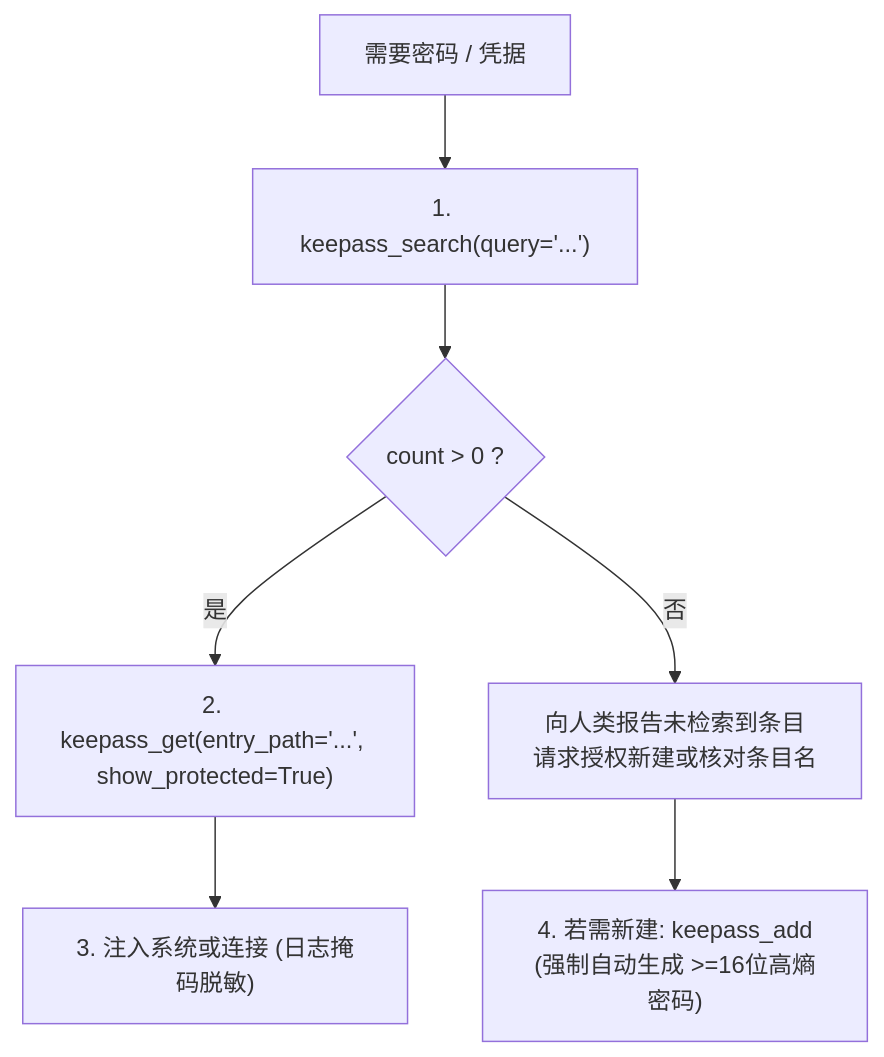
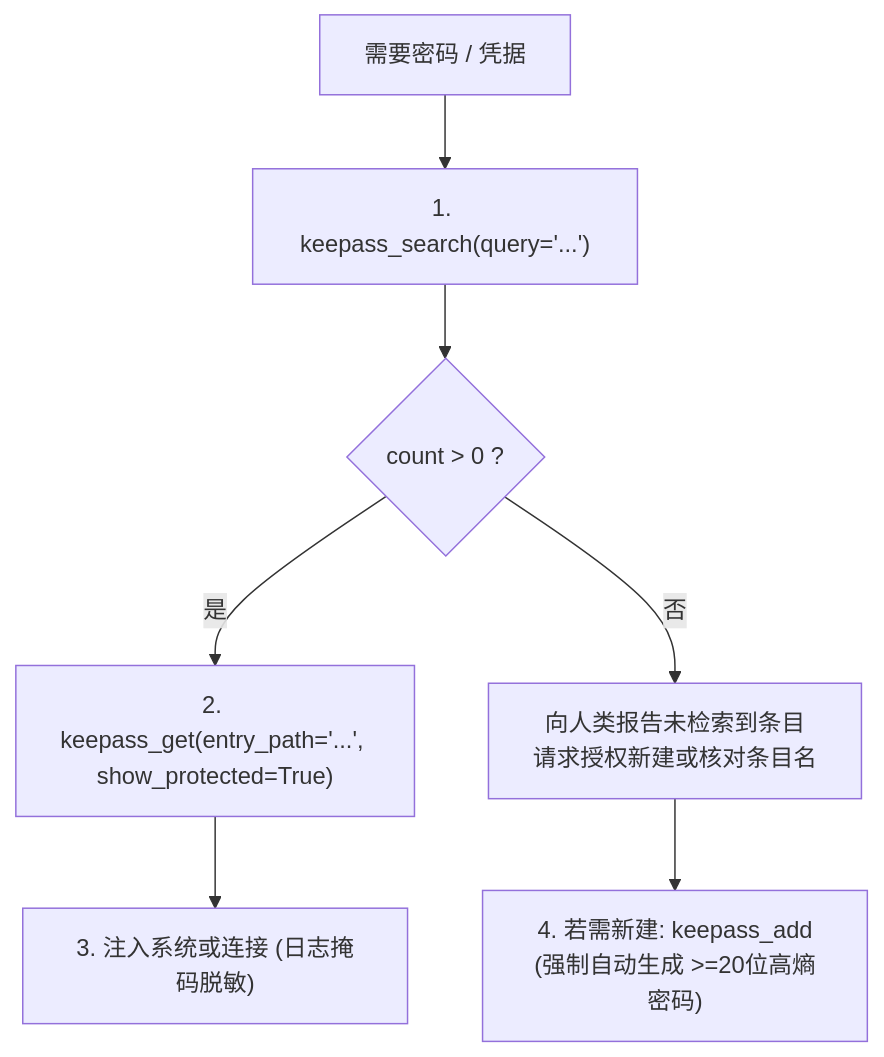
The diagram in packages/plugins/keepass-vault/skills/keepass-vault/SKILL.md (skloxo/OpenVikingStudio), drawn with Mermaid before and after one commit. The commit also changed 21 other files, not shown here.

````diff
--- a/packages/plugins/keepass-vault/skills/keepass-vault/SKILL.md
+++ b/packages/plugins/keepass-vault/skills/keepass-vault/SKILL.md
@@ -36,9 +36,9 @@
 ```mermaid
 flowchart TD
     Start["需要密码 / 凭据"] --> Step1["1. keepass_search(query='...')"]
     Step1 --> Check{"count > 0 ?"}
     Check -- 是 --> Step2["2. keepass_get(entry_path='...', show_protected=True)"]
     Check -- 否 --> Step3["向人类报告未检索到条目\n请求授权新建或核对条目名"]
     Step2 --> Use["3. 注入系统或连接 (日志掩码脱敏)"]
-    Step3 --> Add["4. 若需新建: keepass_add\n(强制自动生成 >=16位高熵密码)"]
+    Step3 --> Add["4. 若需新建: keepass_add\n(强制自动生成 >=20位高熵密码)"]
 ```
````
